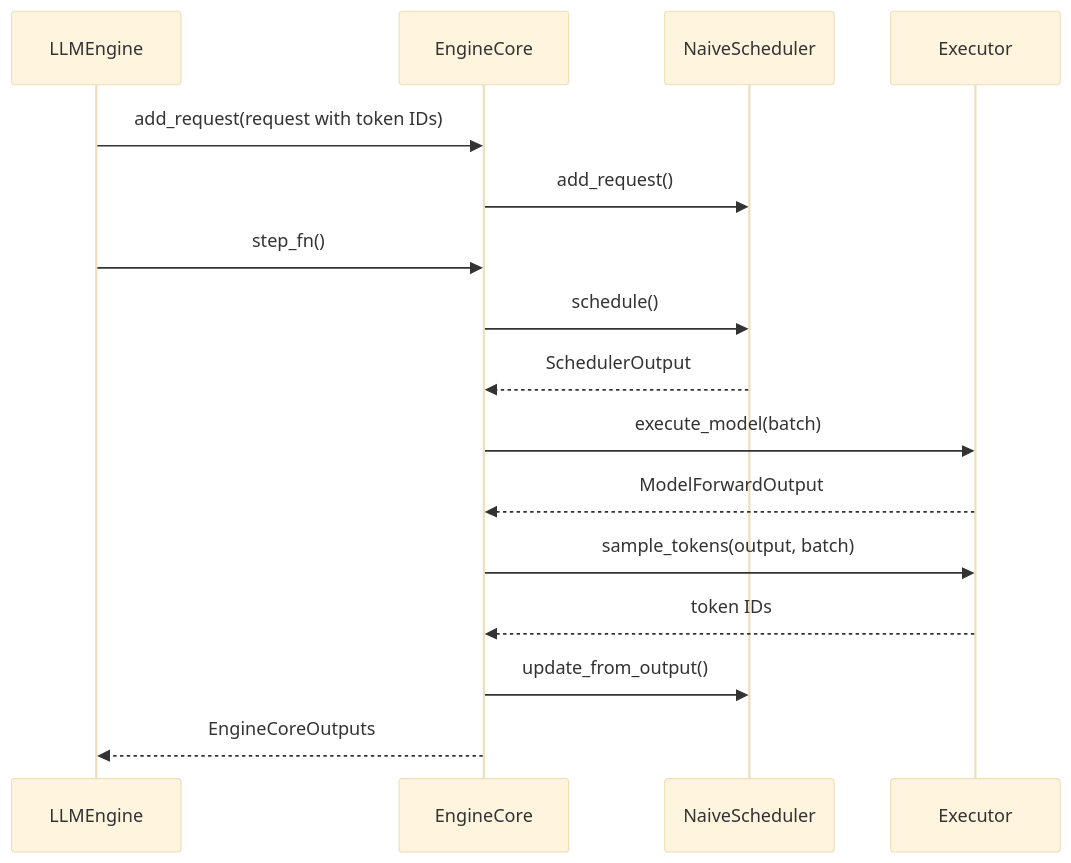
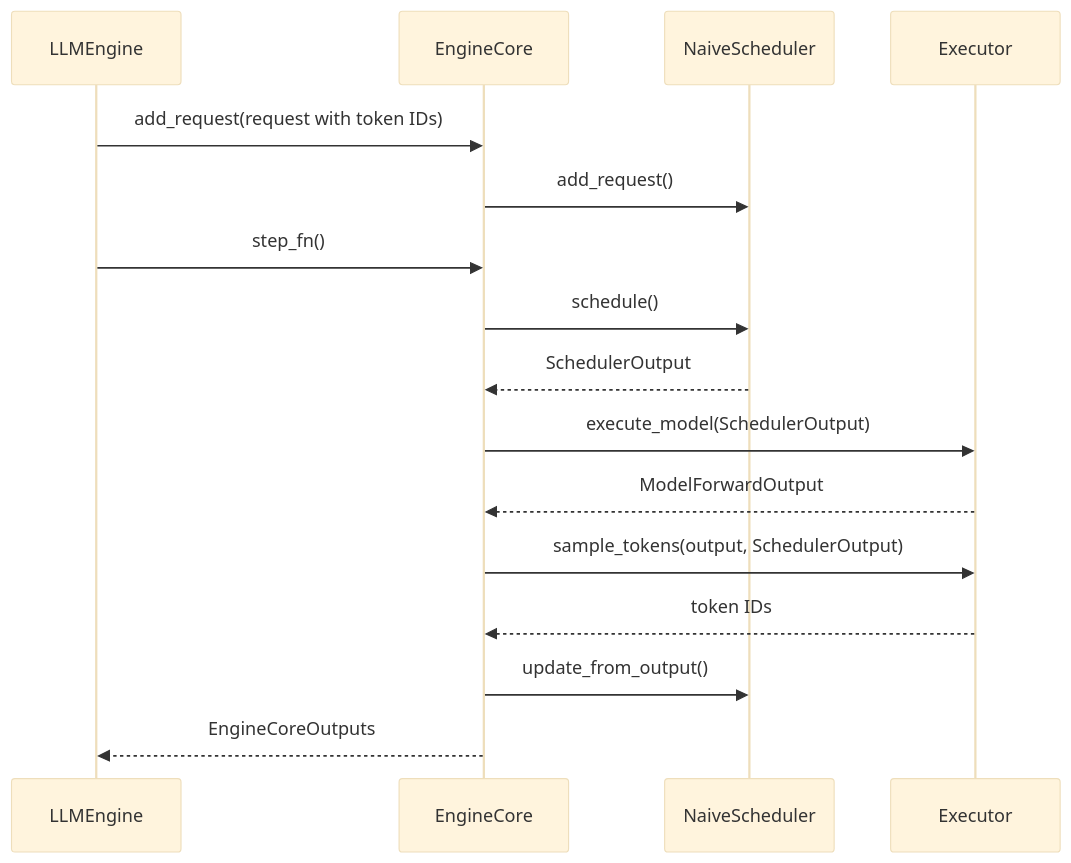
The second of 3 diagrams in docs/design/S2-engine_core.md (BigFaceMan/xTokens), drawn with Mermaid (base theme) before and after one commit. The commit also changed other lines of this file and 4 other files, not shown here.

````diff
--- a/docs/design/S2-engine_core.md
+++ b/docs/design/S2-engine_core.md
@@ -46,19 +59,19 @@
 ```mermaid
 sequenceDiagram
     participant E as LLMEngine
     participant C as EngineCore
     participant S as NaiveScheduler
     participant X as Executor
 
     E->>C: add_request(request with token IDs)
     C->>S: add_request()
     E->>C: step_fn()
     C->>S: schedule()
     S-->>C: SchedulerOutput
-    C->>X: execute_model(batch)
+    C->>X: execute_model(SchedulerOutput)
     X-->>C: ModelForwardOutput
-    C->>X: sample_tokens(output, batch)
+    C->>X: sample_tokens(output, SchedulerOutput)
     X-->>C: token IDs
     C->>S: update_from_output()
     C-->>E: EngineCoreOutputs
 ```
````
